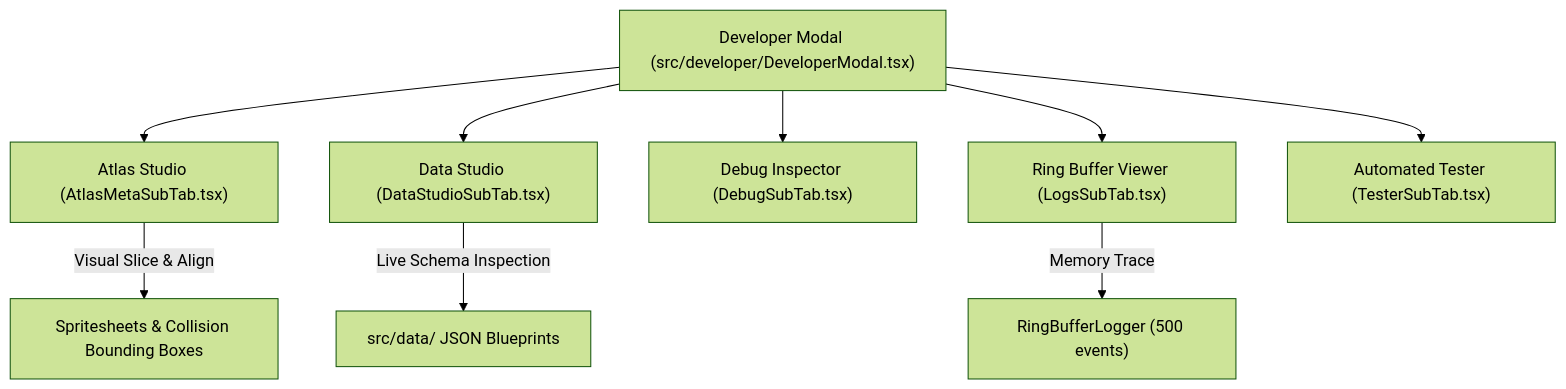
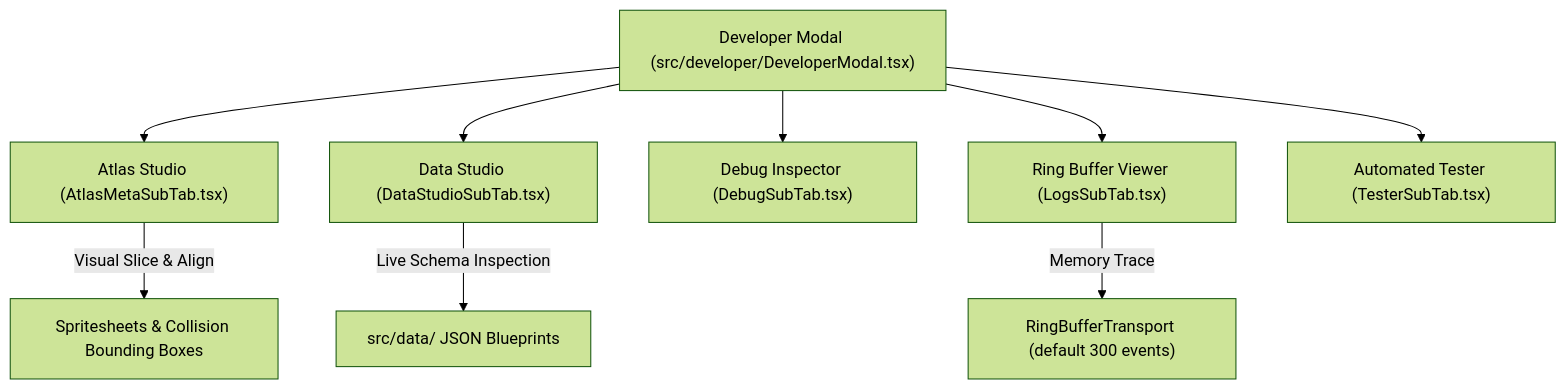
The second of 2 diagrams in docs/manifesto/CONTENT_PIPELINE.md (beoArcha/oXyFlow.VibrantCastle), drawn with Mermaid (forest theme) before and after one commit. The commit also changed other lines of this file and 8 other files, not shown here.

````diff
--- a/docs/manifesto/CONTENT_PIPELINE.md
+++ b/docs/manifesto/CONTENT_PIPELINE.md
@@ -134,12 +165,12 @@
 ```mermaid
 graph TD
     DevModal["Developer Modal (src/developer/DeveloperModal.tsx)"] --> AtlasTab["Atlas Studio (AtlasMetaSubTab.tsx)"]
     DevModal --> DataTab["Data Studio (DataStudioSubTab.tsx)"]
     DevModal --> DebugTab["Debug Inspector (DebugSubTab.tsx)"]
     DevModal --> LogsTab["Ring Buffer Viewer (LogsSubTab.tsx)"]
     DevModal --> TestTab["Automated Tester (TesterSubTab.tsx)"]
 
     AtlasTab -->|Visual Slice & Align| Sprites["Spritesheets & Collision Bounding Boxes"]
     DataTab -->|Live Schema Inspection| Blueprints["src/data/ JSON Blueprints"]
-    LogsTab -->|Memory Trace| RingBuffer["RingBufferLogger (500 events)"]
+    LogsTab -->|Memory Trace| RingBuffer["RingBufferTransport (default 300 events)"]
 ```
````
